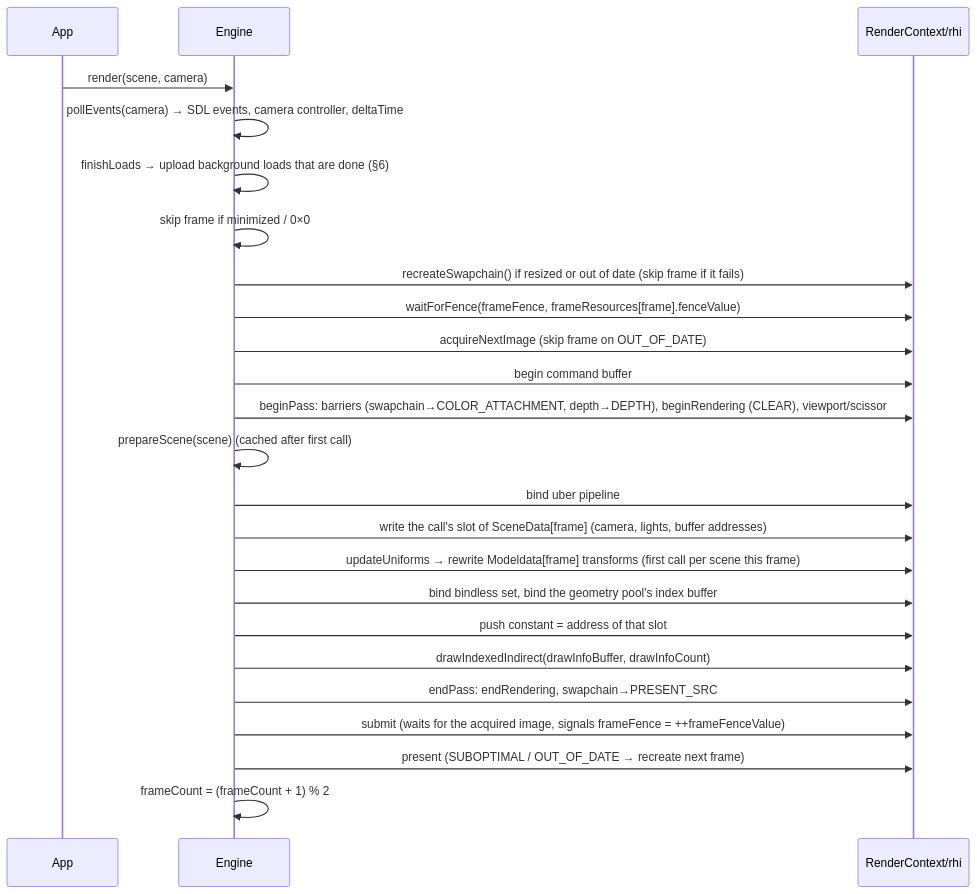
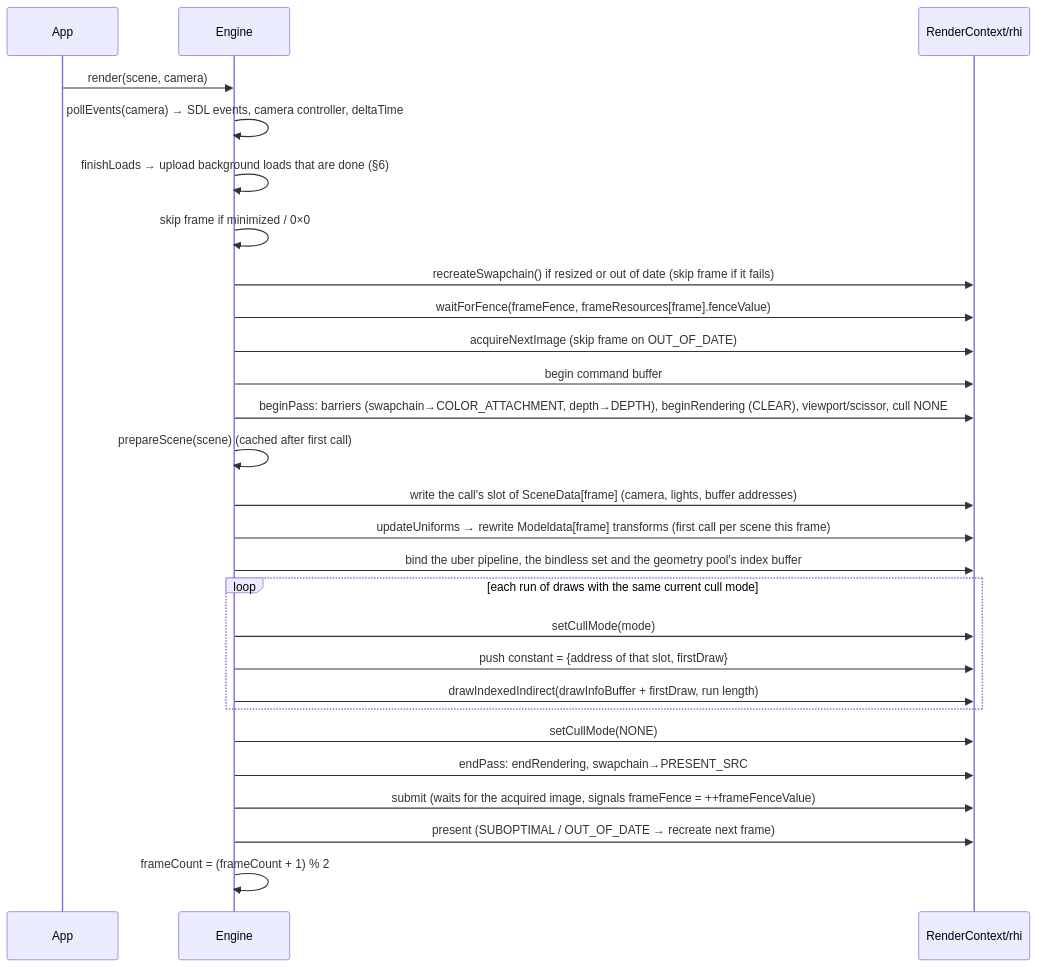
The second of 3 diagrams in docs/architecture.md (adel-elmala/rasm), drawn with Mermaid before and after one commit. The commit also changed other lines of this file and 27 other files, not shown here.

````diff
--- a/docs/architecture.md
+++ b/docs/architecture.md
@@ -81,26 +81,29 @@
 ```mermaid
 sequenceDiagram
     participant App
     participant E as Engine
     participant C as RenderContext/rhi
     App->>E: render(scene, camera)
     E->>E: pollEvents(camera) → SDL events, camera controller, deltaTime
     E->>E: finishLoads → upload background loads that are done (§6)
     E->>E: skip frame if minimized / 0×0
     E->>C: recreateSwapchain() if resized or out of date (skip frame if it fails)
     E->>C: waitForFence(frameFence, frameResources[frame].fenceValue)
     E->>C: acquireNextImage (skip frame on OUT_OF_DATE)
     E->>C: begin command buffer
-    E->>C: beginPass: barriers (swapchain→COLOR_ATTACHMENT, depth→DEPTH), beginRendering (CLEAR), viewport/scissor
+    E->>C: beginPass: barriers (swapchain→COLOR_ATTACHMENT, depth→DEPTH), beginRendering (CLEAR), viewport/scissor, cull NONE
     E->>E: prepareScene(scene) (cached after first call)
-    E->>C: bind uber pipeline
     E->>C: write the call's slot of SceneData[frame] (camera, lights, buffer addresses)
     E->>C: updateUniforms → rewrite Modeldata[frame] transforms (first call per scene this frame)
-    E->>C: bind bindless set, bind the geometry pool's index buffer
-    E->>C: push constant = address of that slot
-    E->>C: drawIndexedIndirect(drawInfoBuffer, drawInfoCount)
+    E->>C: bind the uber pipeline, the bindless set and the geometry pool's index buffer
+    loop each run of draws with the same current cull mode
+        E->>C: setCullMode(mode)
+        E->>C: push constant = {address of that slot, firstDraw}
+        E->>C: drawIndexedIndirect(drawInfoBuffer + firstDraw, run length)
+    end
+    E->>C: setCullMode(NONE)
     E->>C: endPass: endRendering, swapchain→PRESENT_SRC
     E->>C: submit (waits for the acquired image, signals frameFence = ++frameFenceValue)
     E->>C: present (SUBOPTIMAL / OUT_OF_DATE → recreate next frame)
     E->>E: frameCount = (frameCount + 1) % 2
 ```
````
